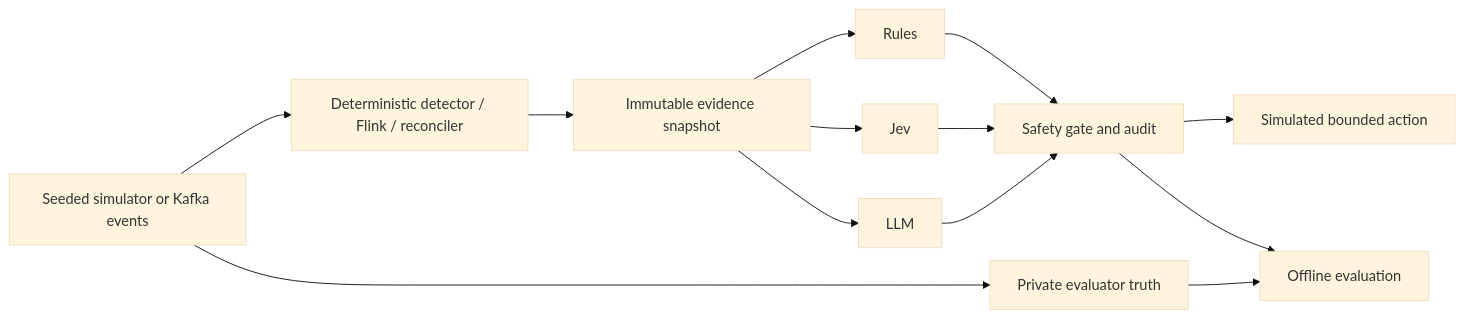
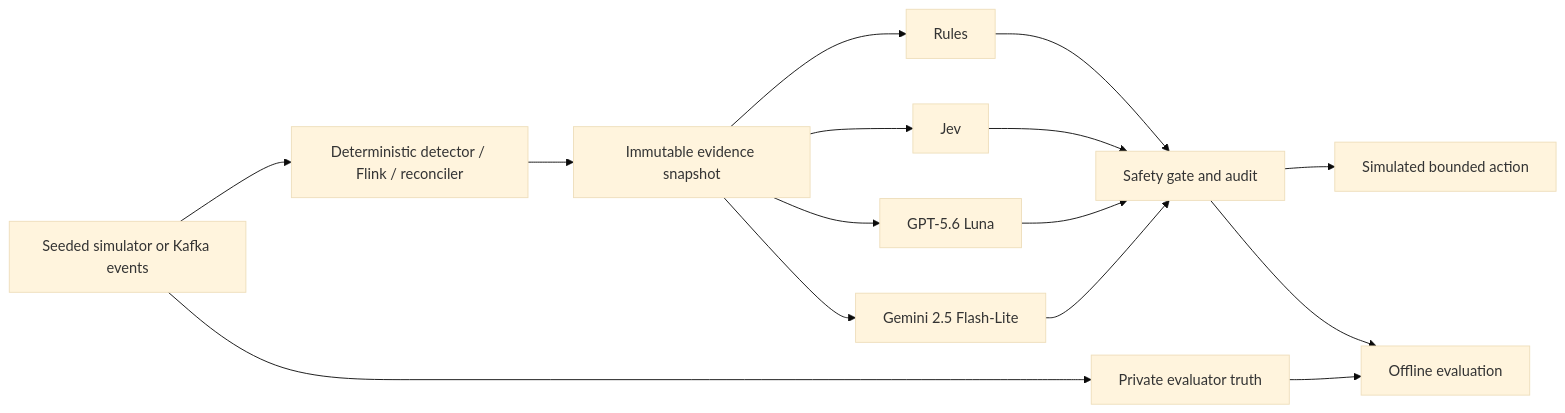
One commit to omerfeyzioglu/JevOps changed the diagram in docs/architecture.md. Above: the diagram before and after it, drawn with Mermaid (base theme). The commit also changed other lines of this file and 11 other files, not shown here.

Commit message:
Replace Anthropic across decision flows

````diff
--- a/docs/architecture.md
+++ b/docs/architecture.md
@@ -5,15 +5,17 @@
 ```mermaid
 flowchart LR
     S[Seeded simulator or Kafka events] --> D[Deterministic detector / Flink / reconciler]
     D --> E[Immutable evidence snapshot]
     E --> R[Rules]
     E --> J[Jev]
-    E --> L[LLM]
+    E --> O[GPT-5.6 Luna]
+    E --> M[Gemini 2.5 Flash-Lite]
     R --> G[Safety gate and audit]
     J --> G
-    L --> G
+    O --> G
+    M --> G
     G --> A[Simulated bounded action]
     S --> T[Private evaluator truth]
     T --> V[Offline evaluation]
     G --> V
 ```
````
